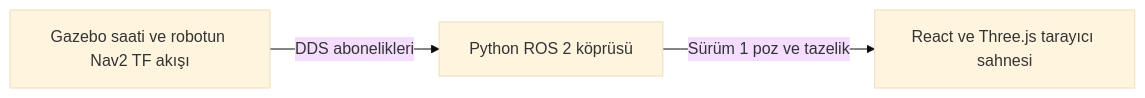
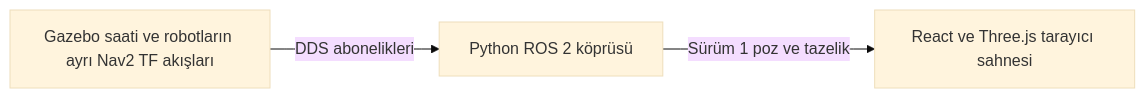
The diagram in fleet-visualizer/README.md (m-gnr/ros2-fleet-manager), drawn with Mermaid (base theme) before and after one commit. The commit also changed other lines of this file and 43 other files, not shown here.

````diff
--- a/fleet-visualizer/README.md
+++ b/fleet-visualizer/README.md
@@ -11,5 +11,5 @@
 ```mermaid
 flowchart LR
-    ROS["Gazebo saati ve robotun Nav2 TF akışı"] -->|DDS abonelikleri| BR["Python ROS 2 köprüsü"]
+    ROS["Gazebo saati ve robotların ayrı Nav2 TF akışları"] -->|DDS abonelikleri| BR["Python ROS 2 köprüsü"]
     BR -->|Sürüm 1 poz ve tazelik| WEB["React ve Three.js tarayıcı sahnesi"]
 ```
````
